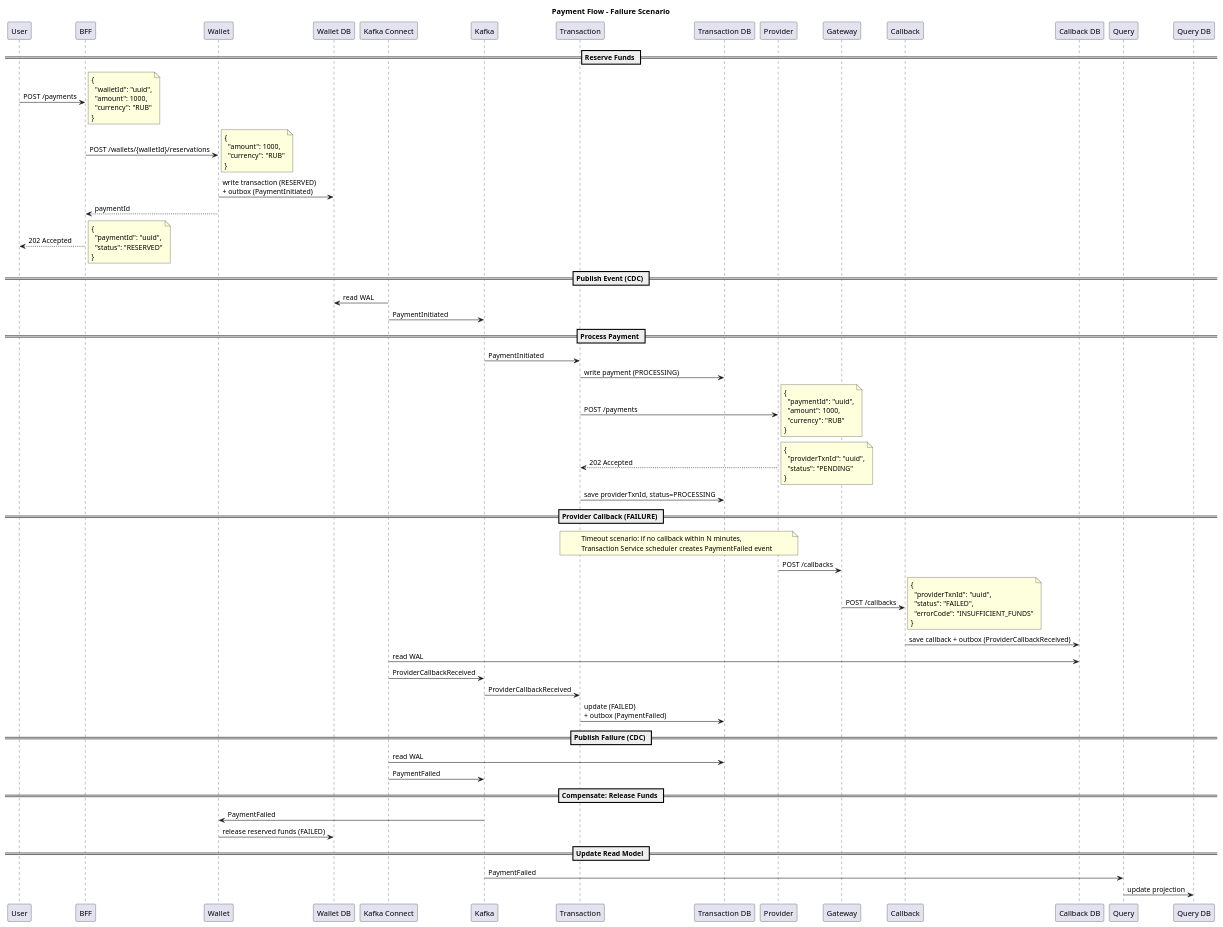
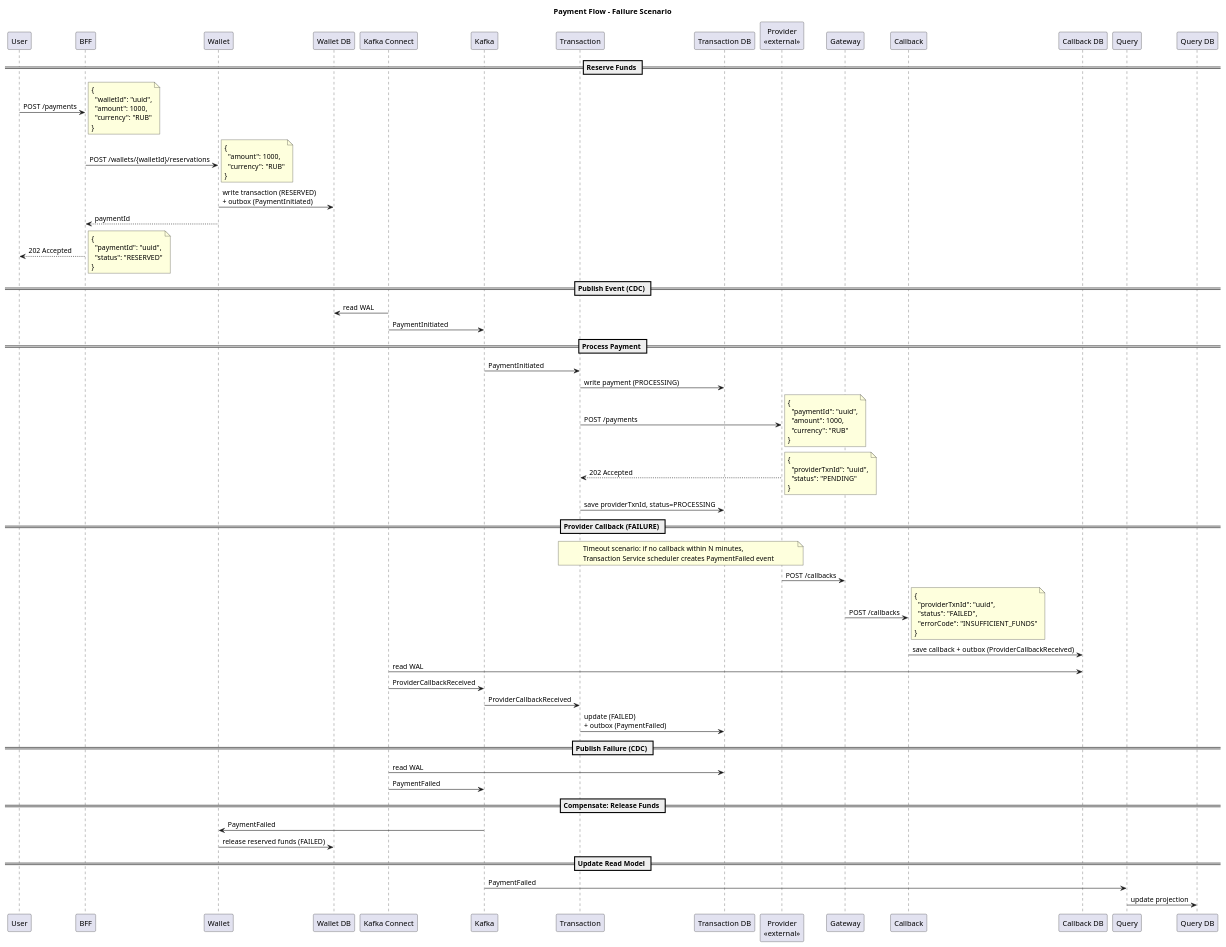
The diagram in week2/diagrams/seq-failure.puml (krsvyat/system-design), drawn with PlantUML before and after one commit. The commit also changed 19 other files, not shown here.

```diff
--- a/week2/diagrams/seq-failure.puml
+++ b/week2/diagrams/seq-failure.puml
@@ -1,111 +1,111 @@
-@startuml seq_failure
+@startuml seq-failure
 title Payment Flow - Failure Scenario
 
 participant User
 participant BFF
 participant Wallet
 participant "Wallet DB" as WalletDB
 participant "Kafka Connect" as KC
 participant Kafka
 participant Transaction
 participant "Transaction DB" as TxDB
-participant Provider
+participant "Provider\n<<external>>" as Provider
 participant Gateway
 participant Callback
 participant "Callback DB" as CallbackDB
 participant Query
 participant "Query DB" as QueryDB
 
 == Reserve Funds ==
 
 User -> BFF: POST /payments
 note right
   {
     "walletId": "uuid",
     "amount": 1000,
     "currency": "RUB"
   }
 end note
 
 BFF -> Wallet: POST /wallets/{walletId}/reservations
 note right
   {
     "amount": 1000,
     "currency": "RUB"
   }
 end note
 Wallet -> WalletDB: write transaction (RESERVED)\n+ outbox (PaymentInitiated)
 Wallet --> BFF: paymentId
 
 BFF --> User: 202 Accepted
 note right
   {
     "paymentId": "uuid",
     "status": "RESERVED"
   }
 end note
 
 == Publish Event (CDC) ==
 
 KC -> WalletDB: read WAL
 KC -> Kafka: PaymentInitiated
 
 == Process Payment ==
 
 Kafka -> Transaction: PaymentInitiated
 Transaction -> TxDB: write payment (PROCESSING)
 Transaction -> Provider: POST /payments
 note right
   {
     "paymentId": "uuid",
     "amount": 1000,
     "currency": "RUB"
   }
 end note
 Provider --> Transaction: 202 Accepted
 note right
   {
     "providerTxnId": "uuid",
     "status": "PENDING"
   }
 end note
 Transaction -> TxDB: save providerTxnId, status=PROCESSING
 
 == Provider Callback (FAILURE) ==
 
 note over Transaction, Provider
   Timeout scenario: if no callback within N minutes,
   Transaction Service scheduler creates PaymentFailed event
 end note
 
 Provider -> Gateway: POST /callbacks
 Gateway -> Callback: POST /callbacks
 note right
   {
     "providerTxnId": "uuid",
     "status": "FAILED",
     "errorCode": "INSUFFICIENT_FUNDS"
   }
 end note
 Callback -> CallbackDB: save callback + outbox (ProviderCallbackReceived)
 KC -> CallbackDB: read WAL
 KC -> Kafka: ProviderCallbackReceived
 Kafka -> Transaction: ProviderCallbackReceived
 Transaction -> TxDB: update (FAILED)\n+ outbox (PaymentFailed)
 
 == Publish Failure (CDC) ==
 
 KC -> TxDB: read WAL
 KC -> Kafka: PaymentFailed
 
 == Compensate: Release Funds ==
 
 Kafka -> Wallet: PaymentFailed
 Wallet -> WalletDB: release reserved funds (FAILED)
 
 == Update Read Model ==
 
 Kafka -> Query: PaymentFailed
 Query -> QueryDB: update projection
 
 @enduml
```
